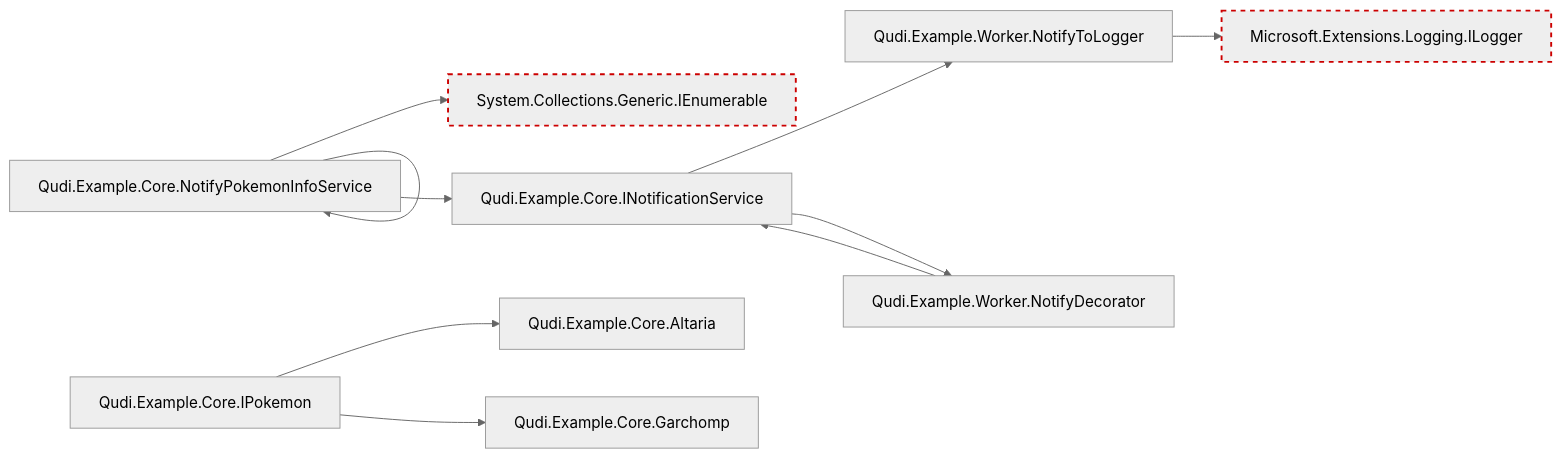
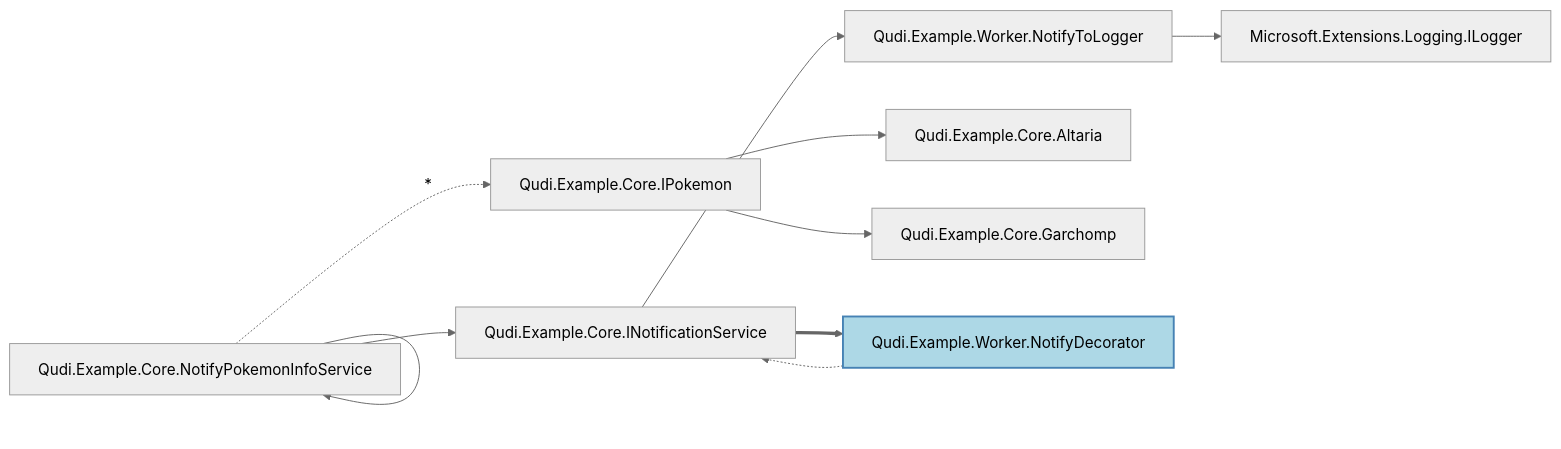
Before and after one commit to arika0093/Qudi: the diagram in examples/Qudi.Example.SimpleCase.Worker/assets/visualization_output.mermaid, drawn with Mermaid (neutral theme). The commit also changed 6 other files, not shown here.

```diff
--- a/examples/Qudi.Example.SimpleCase.Worker/assets/visualization_output.mermaid
+++ b/examples/Qudi.Example.SimpleCase.Worker/assets/visualization_output.mermaid
@@ -1,22 +1,20 @@
 graph LR
     Qudi_Example_Worker_NotifyToLogger["Qudi.Example.Worker.NotifyToLogger"]
     Qudi_Example_Core_INotificationService["Qudi.Example.Core.INotificationService"]
     Microsoft_Extensions_Logging_ILogger_Qudi_Example_Worker_NotifyToLogger_["Microsoft.Extensions.Logging.ILogger<Qudi.Example.Worker.NotifyToLogger>"]
     Qudi_Example_Core_NotifyPokemonInfoService["Qudi.Example.Core.NotifyPokemonInfoService"]
-    System_Collections_Generic_IEnumerable_Qudi_Example_Core_IPokemon_["System.Collections.Generic.IEnumerable<Qudi.Example.Core.IPokemon>"]
+    Qudi_Example_Core_IPokemon["Qudi.Example.Core.IPokemon"]
     Qudi_Example_Core_Altaria["Qudi.Example.Core.Altaria"]
-    Qudi_Example_Core_IPokemon["Qudi.Example.Core.IPokemon"]
     Qudi_Example_Core_Garchomp["Qudi.Example.Core.Garchomp"]
     Qudi_Example_Worker_NotifyDecorator["Qudi.Example.Worker.NotifyDecorator"]
     Qudi_Example_Core_INotificationService --> Qudi_Example_Worker_NotifyToLogger
     Qudi_Example_Worker_NotifyToLogger --> Microsoft_Extensions_Logging_ILogger_Qudi_Example_Worker_NotifyToLogger_
     Qudi_Example_Core_NotifyPokemonInfoService --> Qudi_Example_Core_NotifyPokemonInfoService
-    Qudi_Example_Core_NotifyPokemonInfoService --> System_Collections_Generic_IEnumerable_Qudi_Example_Core_IPokemon_
+    Qudi_Example_Core_NotifyPokemonInfoService -.->|"*"| Qudi_Example_Core_IPokemon
     Qudi_Example_Core_NotifyPokemonInfoService --> Qudi_Example_Core_INotificationService
     Qudi_Example_Core_IPokemon --> Qudi_Example_Core_Altaria
     Qudi_Example_Core_IPokemon --> Qudi_Example_Core_Garchomp
-    Qudi_Example_Core_INotificationService --> Qudi_Example_Worker_NotifyDecorator
-    Qudi_Example_Worker_NotifyDecorator --> Qudi_Example_Core_INotificationService
-    classDef missing stroke:#c00,stroke-width:2px,stroke-dasharray:5 5;
-    class Microsoft_Extensions_Logging_ILogger_Qudi_Example_Worker_NotifyToLogger_ missing;
-    class System_Collections_Generic_IEnumerable_Qudi_Example_Core_IPokemon_ missing;
+    Qudi_Example_Core_INotificationService ==> Qudi_Example_Worker_NotifyDecorator
+    Qudi_Example_Worker_NotifyDecorator -.-> Qudi_Example_Core_INotificationService
+    classDef decorator fill:#add8e6,stroke:#4682b4,stroke-width:2px;
+    class Qudi_Example_Worker_NotifyDecorator decorator;
```
